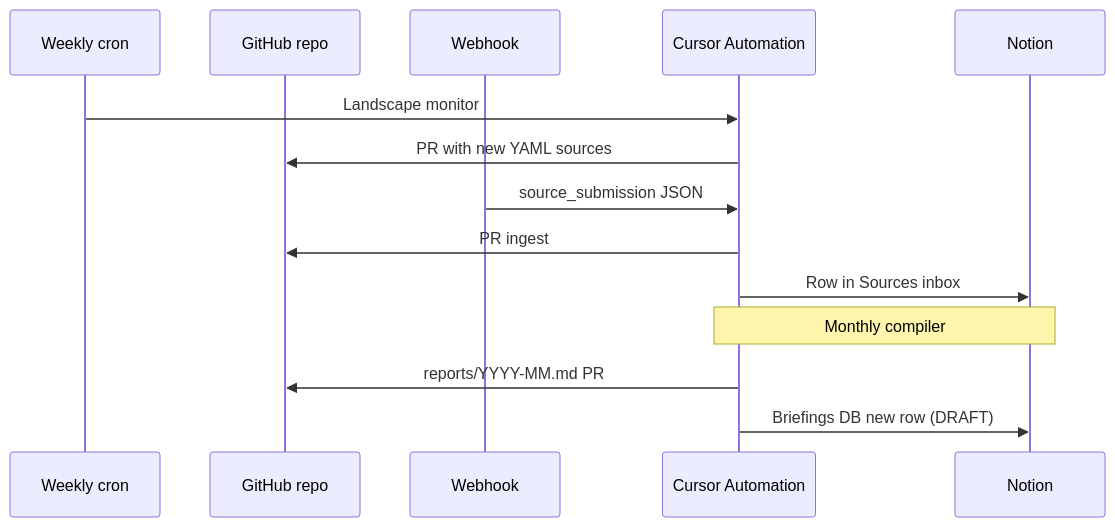
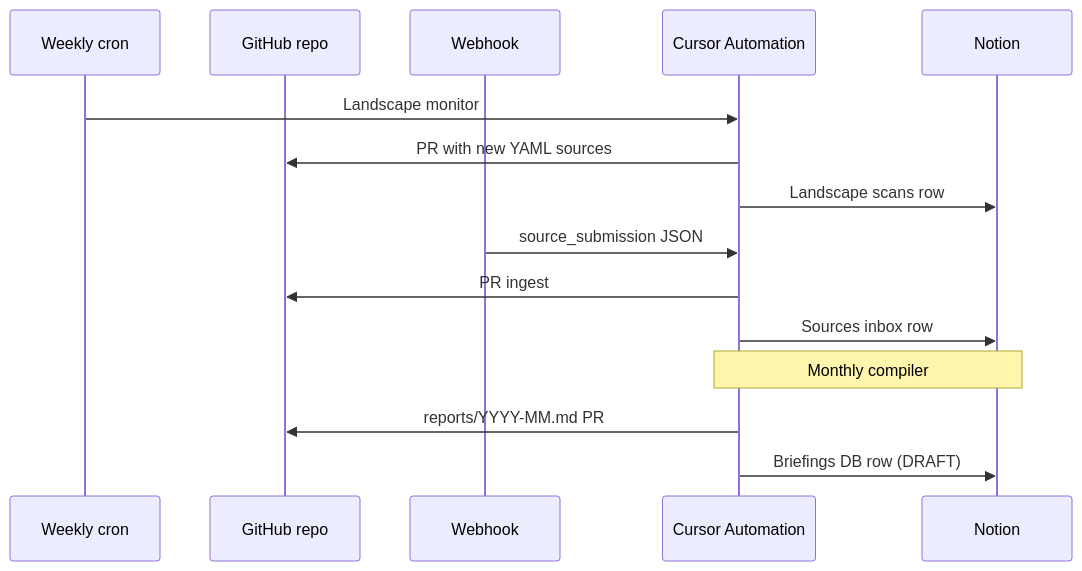
The diagram in docs/notion-setup.md (techpolicycomms/un80-wp15-research), drawn with Mermaid before and after one commit. The commit also changed other lines of this file and 6 other files, not shown here.

First line of the commit message:
Add initial landscape scan and automation/Notion wiring.

````diff
--- a/docs/notion-setup.md
+++ b/docs/notion-setup.md
@@ -57,17 +37,18 @@
 ```mermaid
 sequenceDiagram
   participant Cron as Weekly cron
   participant Repo as GitHub repo
   participant WH as Webhook
   participant Auto as Cursor Automation
   participant Notion as Notion
 
   Cron->>Auto: Landscape monitor
   Auto->>Repo: PR with new YAML sources
+  Auto->>Notion: Landscape scans row
   WH->>Auto: source_submission JSON
   Auto->>Repo: PR ingest
-  Auto->>Notion: Row in Sources inbox
+  Auto->>Notion: Sources inbox row
   Note over Auto,Notion: Monthly compiler
   Auto->>Repo: reports/YYYY-MM.md PR
-  Auto->>Notion: Briefings DB new row (DRAFT)
+  Auto->>Notion: Briefings DB row (DRAFT)
 ```
````
